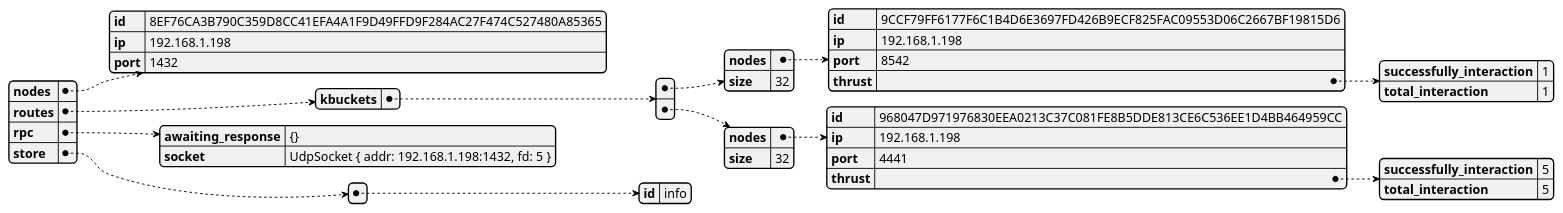
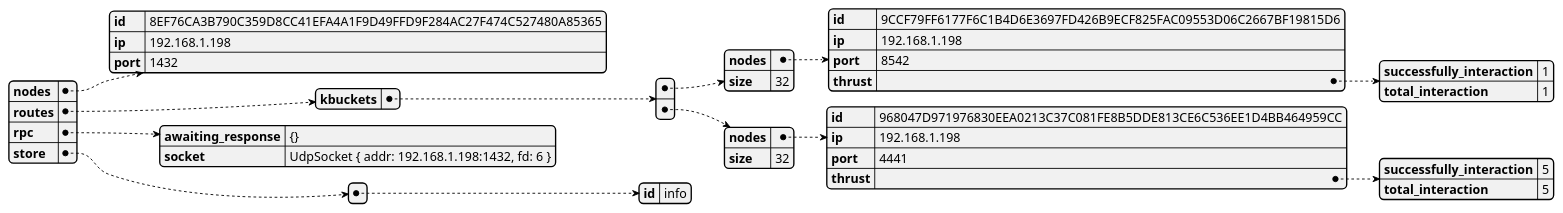
The diagram in src/distributed_legder/state_dumps/test-network-boot-1.json.plantuml (GoliathHagar/distributed_legder_kademlia), drawn with PlantUML before and after one commit. The commit also changed 8 other files, not shown here.

```diff
--- a/src/distributed_legder/state_dumps/test-network-boot-1.json.plantuml
+++ b/src/distributed_legder/state_dumps/test-network-boot-1.json.plantuml
@@ -1,3 +1,3 @@
 @startjson
-{"nodes":{"id":"8EF76CA3B790C359D8CC41EFA4A1F9D49FFD9F284AC27F474C527480A85365","ip":"192.168.1.198","port":1432},"routes":{"kbuckets":[{"nodes":{"id":"9CCF79FF6177F6C1B4D6E3697FD426B9ECF825FAC09553D06C2667BF19815D6","ip":"192.168.1.198","port":8542,"thrust":{"successfully_interaction":1,"total_interaction":1}},"size":32},{"nodes":{"id":"968047D971976830EEA0213C37C081FE8B5DDE813CE6C536EE1D4BB464959CC","ip":"192.168.1.198","port":4441,"thrust":{"successfully_interaction":5,"total_interaction":5}},"size":32}]},"rpc":{"awaiting_response":"{}","socket":"UdpSocket { addr: 192.168.1.198:1432, fd: 5 }"},"store":[{"id":"info"}]}
+{"nodes":{"id":"8EF76CA3B790C359D8CC41EFA4A1F9D49FFD9F284AC27F474C527480A85365","ip":"192.168.1.198","port":1432},"routes":{"kbuckets":[{"nodes":{"id":"9CCF79FF6177F6C1B4D6E3697FD426B9ECF825FAC09553D06C2667BF19815D6","ip":"192.168.1.198","port":8542,"thrust":{"successfully_interaction":1,"total_interaction":1}},"size":32},{"nodes":{"id":"968047D971976830EEA0213C37C081FE8B5DDE813CE6C536EE1D4BB464959CC","ip":"192.168.1.198","port":4441,"thrust":{"successfully_interaction":5,"total_interaction":5}},"size":32}]},"rpc":{"awaiting_response":"{}","socket":"UdpSocket { addr: 192.168.1.198:1432, fd: 6 }"},"store":[{"id":"info"}]}
 @endjson
```
